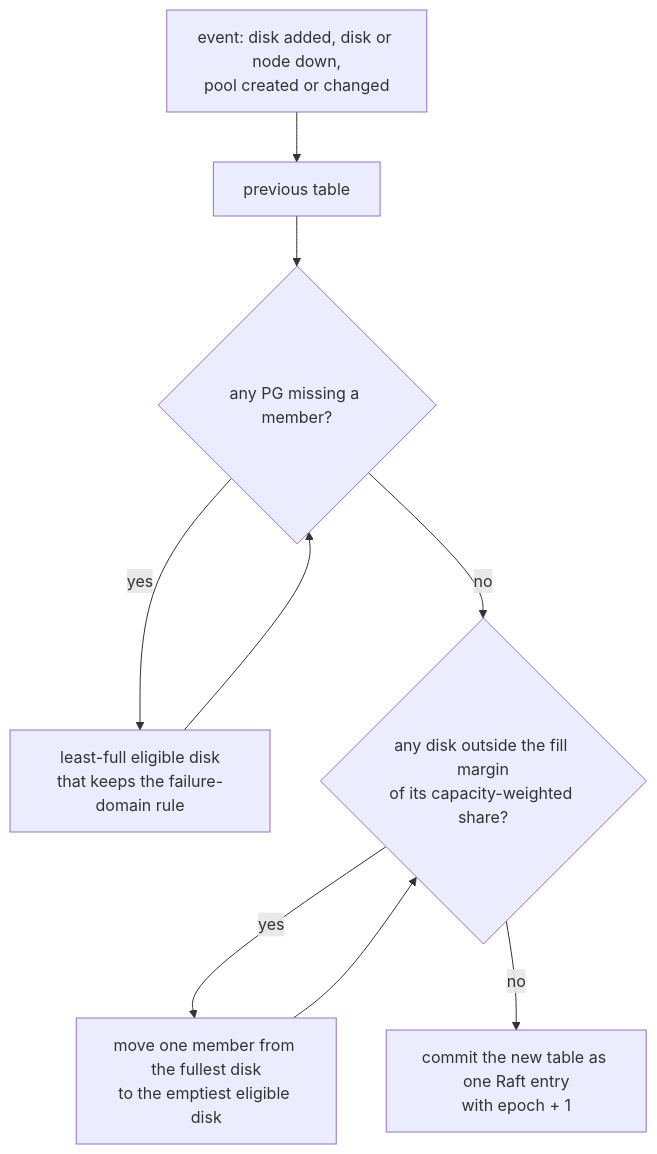
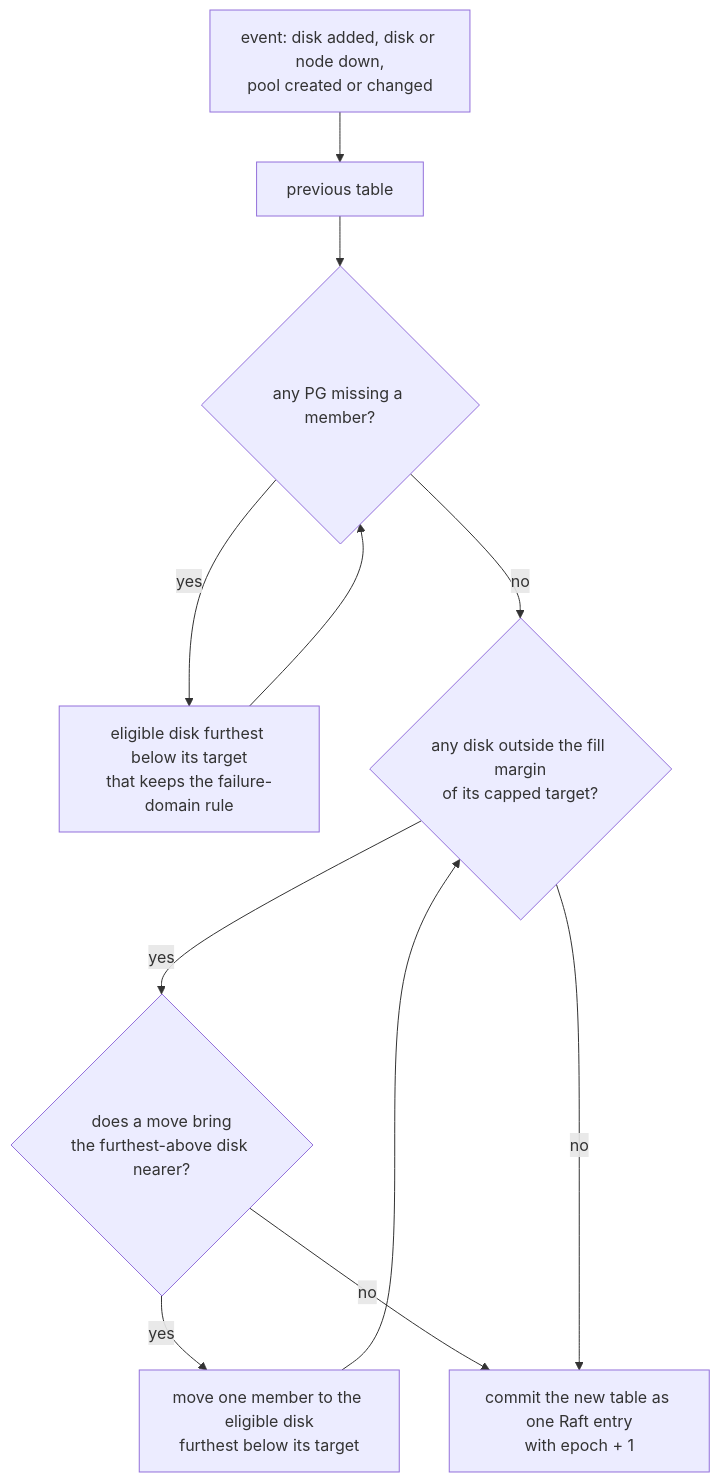
Before and after one commit to nvcnvn/rock-solid: the third of 5 diagrams in blogs/02-chunks-and-placement.md, drawn with Mermaid. The commit also changed other lines of this file and 15 other files, not shown here.

````diff
--- a/blogs/02-chunks-and-placement.md
+++ b/blogs/02-chunks-and-placement.md
@@ -371,11 +383,13 @@
 ```mermaid
 flowchart TD
     E["event: disk added, disk or node down,<br/>pool created or changed"] --> S["previous table"]
     S --> M{"any PG missing a member?"}
-    M -- "yes" --> R["least-full eligible disk<br/>that keeps the failure-domain rule"]
+    M -- "yes" --> R["eligible disk furthest below its target<br/>that keeps the failure-domain rule"]
     R --> M
-    M -- "no" --> B{"any disk outside the fill margin<br/>of its capacity-weighted share?"}
-    B -- "yes" --> MV["move one member from the fullest disk<br/>to the emptiest eligible disk"]
+    M -- "no" --> B{"any disk outside the fill margin<br/>of its capped target?"}
+    B -- "yes" --> H{"does a move bring<br/>the furthest-above disk nearer?"}
+    H -- "yes" --> MV["move one member to the eligible disk<br/>furthest below its target"]
     MV --> B
+    H -- "no" --> C
     B -- "no" --> C["commit the new table as one Raft entry<br/>with epoch + 1"]
 ```
````
